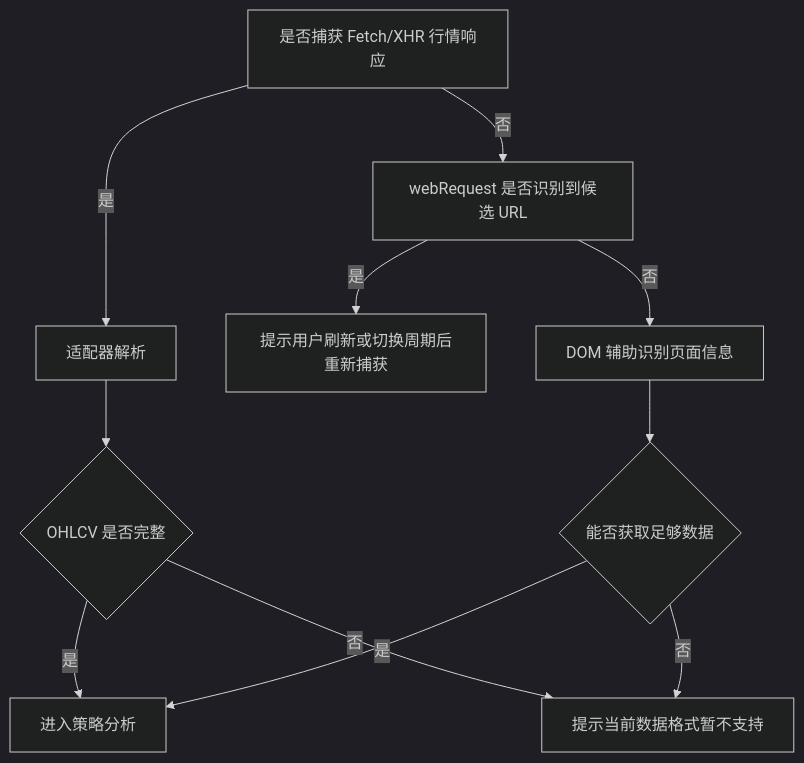
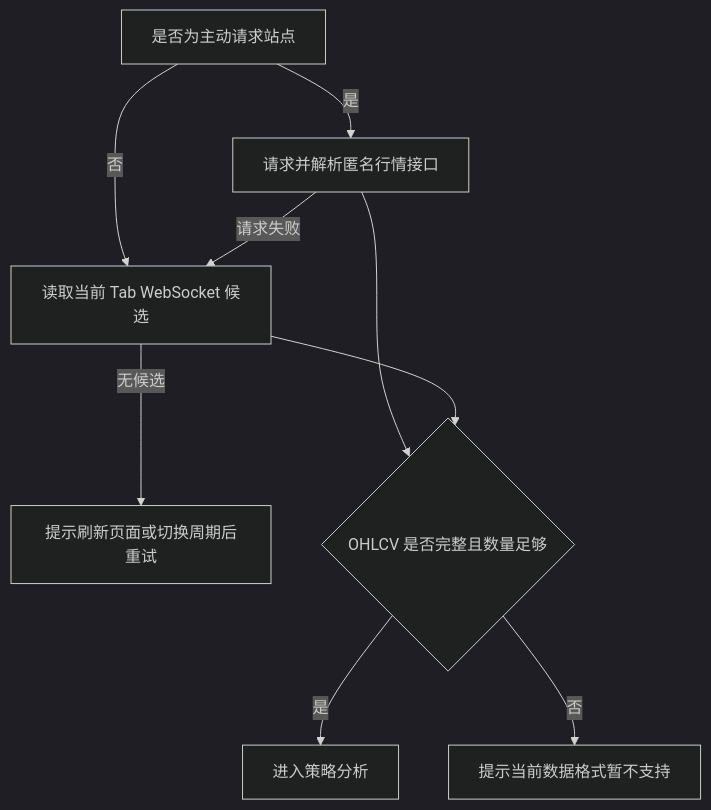
Before and after one commit to LanShiLiang/Chrome_K_line_analyzer: the second of 2 diagrams in docs/spec/04_行情数据采集_接口嗅探与网站适配设计方案.md, drawn with Mermaid (dark theme). The commit also changed other lines of this file and 9 other files, not shown here.

````diff
--- a/docs/spec/04_行情数据采集_接口嗅探与网站适配设计方案.md
+++ b/docs/spec/04_行情数据采集_接口嗅探与网站适配设计方案.md
@@ -125,13 +134,11 @@
 ```mermaid
 flowchart TD
-    A["是否捕获 Fetch/XHR 行情响应"] -->|是| B["适配器解析"]
-    A -->|否| C["webRequest 是否识别到候选 URL"]
-    C -->|是| D["提示用户刷新或切换周期后重新捕获"]
-    C -->|否| E["DOM 辅助识别页面信息"]
-    B --> F{"OHLCV 是否完整"}
+    A["是否为主动请求站点"] -->|是| B["请求并解析匿名行情接口"]
+    A -->|否| C["读取当前 Tab WebSocket 候选"]
+    B -->|请求失败| C
+    C -->|无候选| D["提示刷新页面或切换周期后重试"]
+    B --> F{"OHLCV 是否完整且数量足够"}
+    C --> F
     F -->|是| G["进入策略分析"]
     F -->|否| H["提示当前数据格式暂不支持"]
-    E --> I{"能否获取足够数据"}
-    I -->|是| G
-    I -->|否| H
 ```
````
